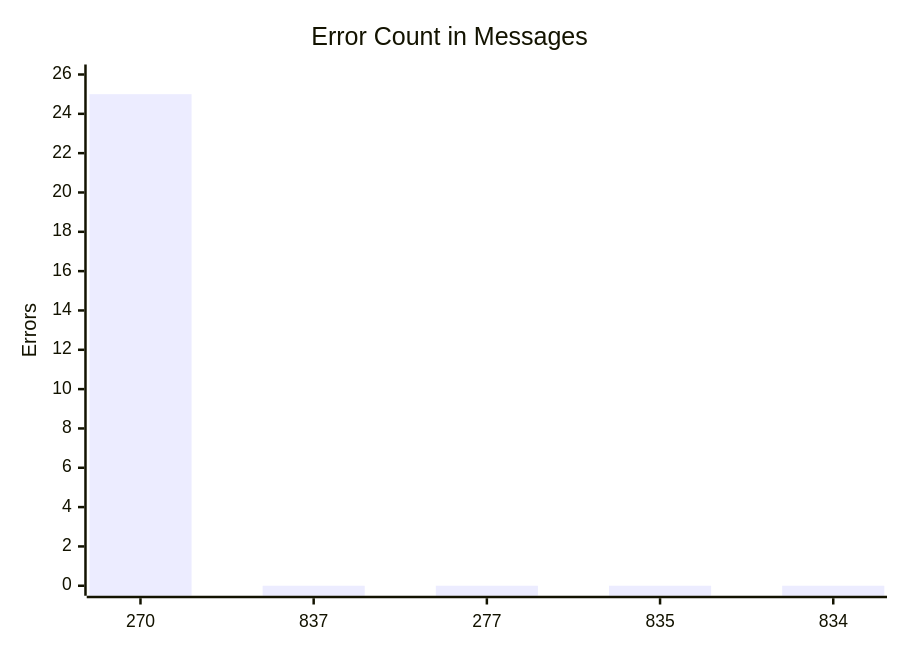
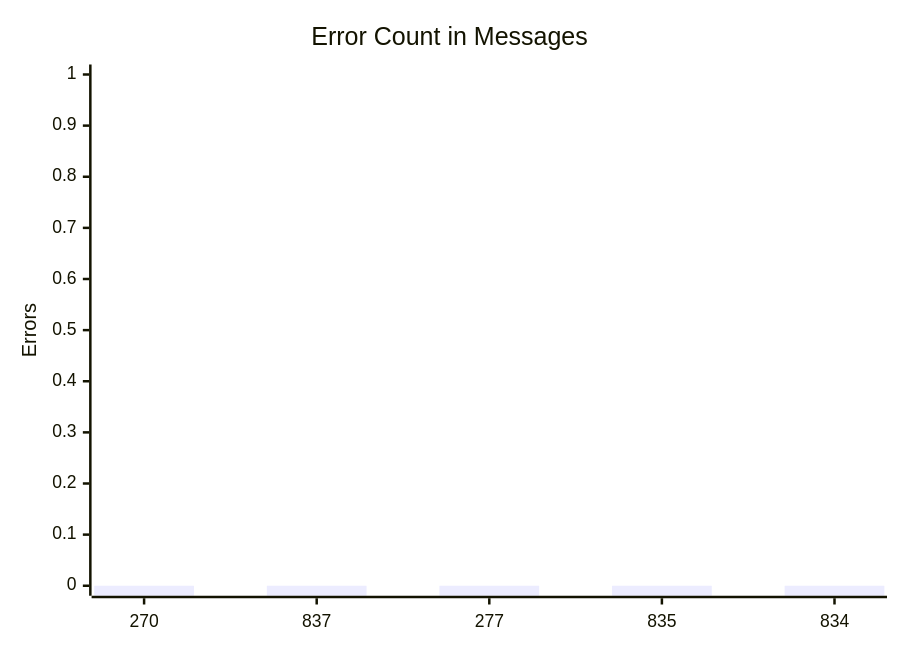
Before and after one commit to dhagan-va/intern-2025: the third of 10 diagrams in test-tools/DataGen/src/Statistics_Visualizer.md, drawn with Mermaid. The commit also changed other lines of this file and 6 other files, not shown here.

````diff
--- a/test-tools/DataGen/src/Statistics_Visualizer.md
+++ b/test-tools/DataGen/src/Statistics_Visualizer.md
@@ -40,7 +40,7 @@
 ```mermaid
 xychart-beta
     title "Error Count in Messages"
     x-axis ["270", "837", "277", "835", "834"]
-    y-axis "Errors" 0 --> 26
-    bar [25, 0, 0, 0, 0]
+    y-axis "Errors" 0 --> 1
+    bar [0, 0, 0, 0, 0]
 ```
````
